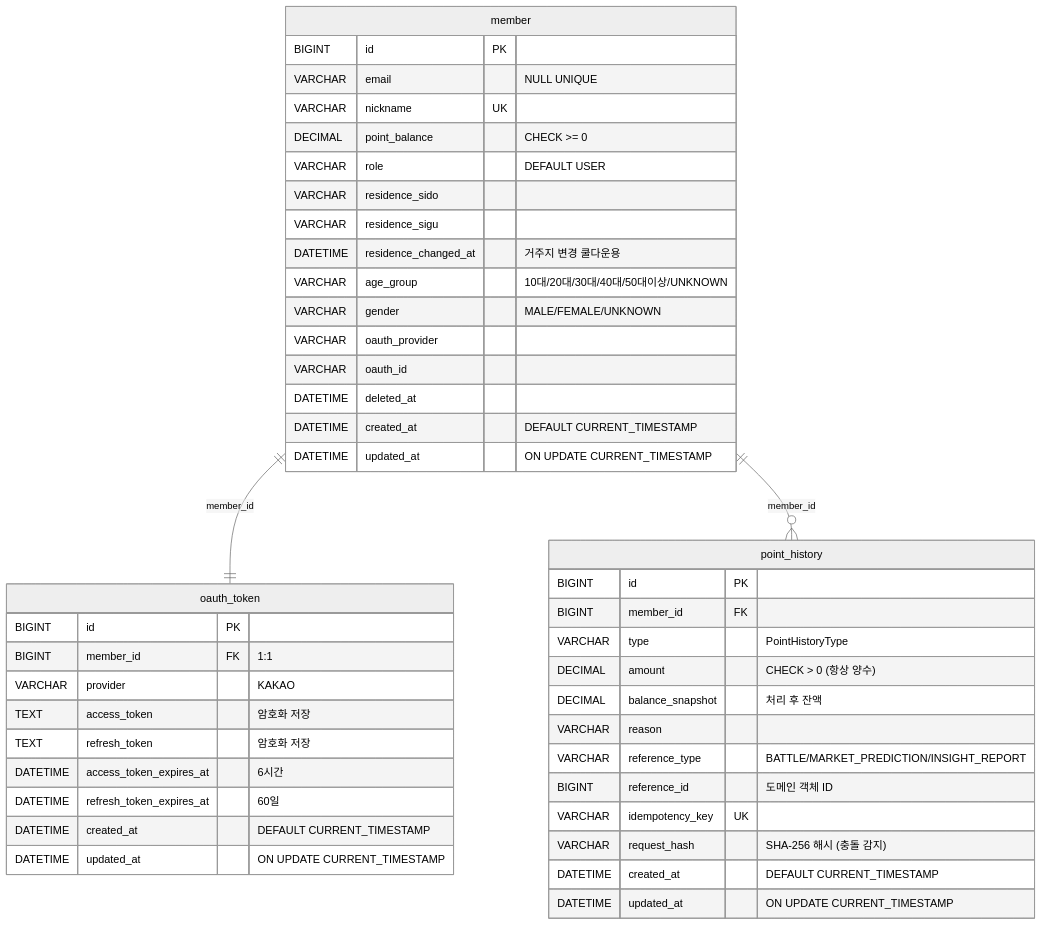
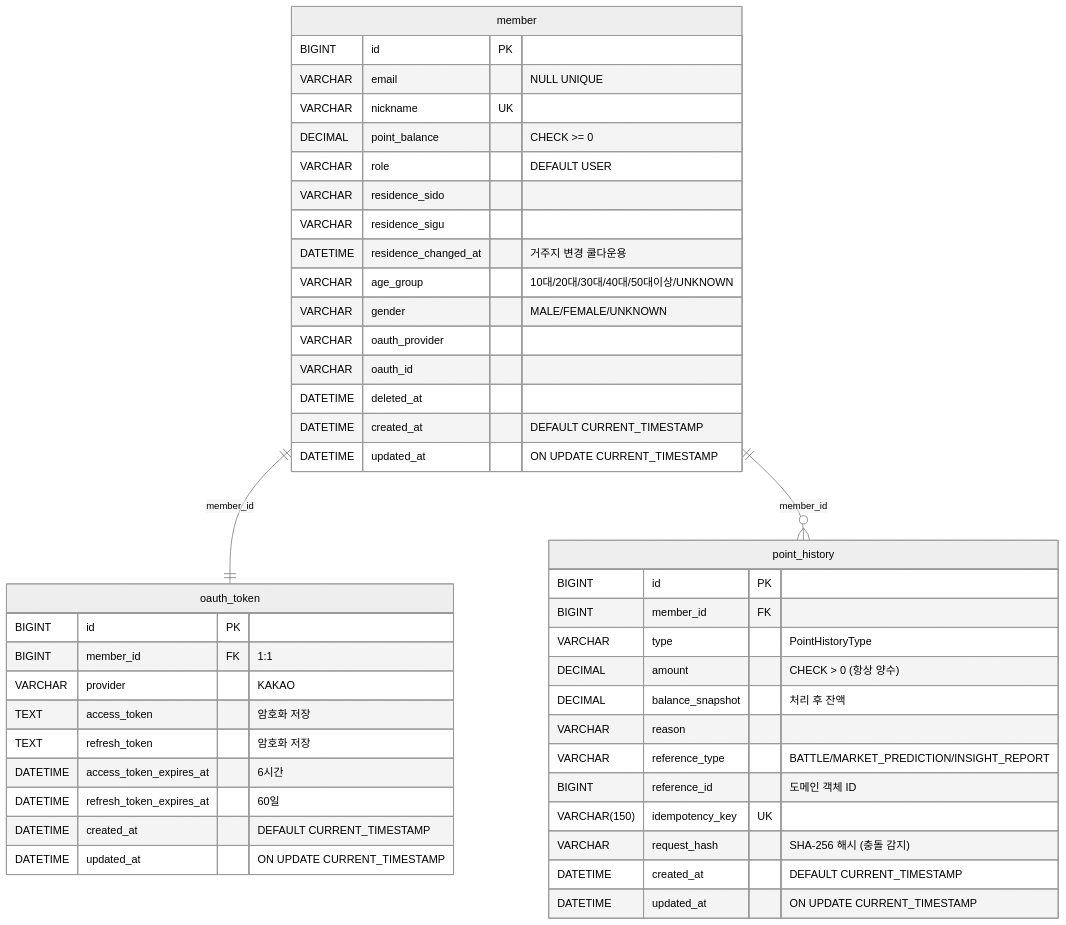
The diagram in docs/member-point/MEMBER_POINT_ERD.md (K-Ghwan99/todongsan), drawn with Mermaid (neutral theme) before and after one commit. The commit also changed other lines of this file and 3 other files, not shown here.

Commit message:
chore: idempotency_key VARCHAR(150) 확장 및 정산/환불 Header 정책 반영

````diff
--- a/docs/member-point/MEMBER_POINT_ERD.md
+++ b/docs/member-point/MEMBER_POINT_ERD.md
@@ -94,50 +94,50 @@
 ```mermaid
 erDiagram
     member {
         BIGINT id PK
         VARCHAR email "NULL UNIQUE"
         VARCHAR nickname UK
         DECIMAL point_balance "CHECK >= 0"
         VARCHAR role "DEFAULT USER"
         VARCHAR residence_sido
         VARCHAR residence_sigu
         DATETIME residence_changed_at "거주지 변경 쿨다운용"
         VARCHAR age_group "10대/20대/30대/40대/50대이상/UNKNOWN"
         VARCHAR gender "MALE/FEMALE/UNKNOWN"
         VARCHAR oauth_provider
         VARCHAR oauth_id
         DATETIME deleted_at
         DATETIME created_at "DEFAULT CURRENT_TIMESTAMP"
         DATETIME updated_at "ON UPDATE CURRENT_TIMESTAMP"
     }
 
     oauth_token {
         BIGINT id PK
         BIGINT member_id FK "1:1"
         VARCHAR provider "KAKAO"
         TEXT access_token "암호화 저장"
         TEXT refresh_token "암호화 저장"
         DATETIME access_token_expires_at "6시간"
         DATETIME refresh_token_expires_at "60일"
         DATETIME created_at "DEFAULT CURRENT_TIMESTAMP"
         DATETIME updated_at "ON UPDATE CURRENT_TIMESTAMP"
     }
 
     point_history {
         BIGINT id PK
         BIGINT member_id FK
         VARCHAR type "PointHistoryType"
         DECIMAL amount "CHECK > 0 (항상 양수)"
         DECIMAL balance_snapshot "처리 후 잔액"
         VARCHAR reason
         VARCHAR reference_type "BATTLE/MARKET_PREDICTION/INSIGHT_REPORT"
         BIGINT reference_id "도메인 객체 ID"
-        VARCHAR idempotency_key UK
+        VARCHAR(150) idempotency_key UK
         VARCHAR request_hash "SHA-256 해시 (충돌 감지)"
         DATETIME created_at "DEFAULT CURRENT_TIMESTAMP"
         DATETIME updated_at "ON UPDATE CURRENT_TIMESTAMP"
     }
 
     member ||--|| oauth_token : "member_id"
     member ||--o{ point_history : "member_id"
 ```
````
